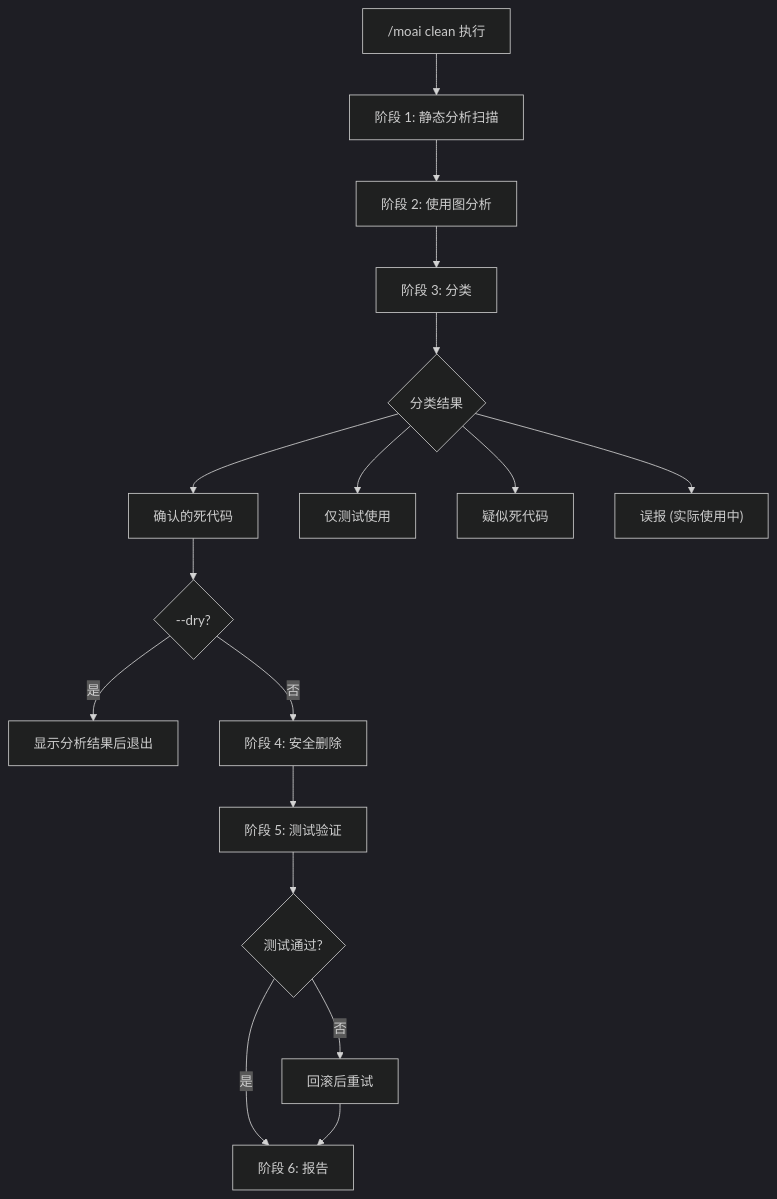
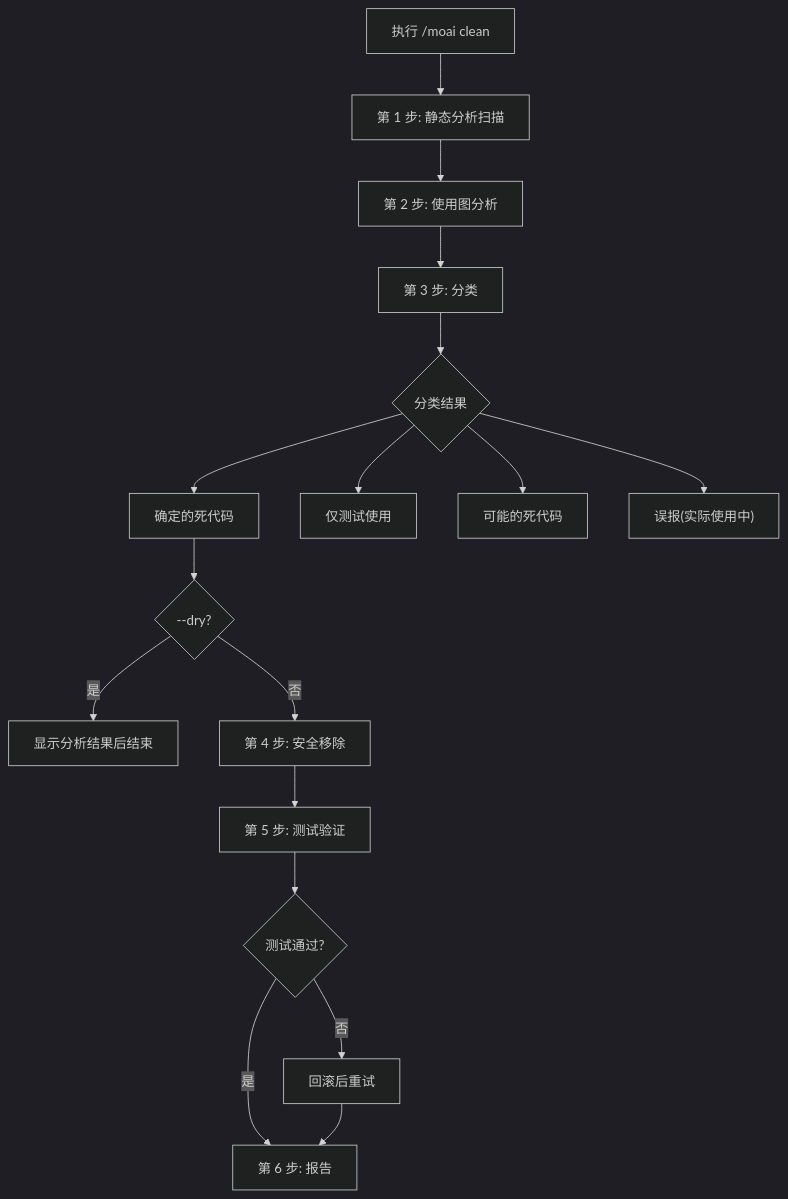
The first of 2 diagrams in docs-site/content/zh/utility-commands/moai-clean.md (modu-ai/moai-adk), drawn with Mermaid (dark theme) before and after one commit. The commit also changed other lines of this file and 395 other files, not shown here.

````diff
--- a/docs-site/content/zh/utility-commands/moai-clean.md
+++ b/docs-site/content/zh/utility-commands/moai-clean.md
@@ -74,23 +76,23 @@
 ```mermaid
 flowchart TD
-    Start["/moai clean 执行"] --> Phase1["阶段 1: 静态分析扫描"]
+    Start["执行 /moai clean"] --> Phase1["第 1 步: 静态分析扫描"]
 
-    Phase1 --> Phase2["阶段 2: 使用图分析"]
+    Phase1 --> Phase2["第 2 步: 使用图分析"]
 
-    Phase2 --> Phase3["阶段 3: 分类"]
+    Phase2 --> Phase3["第 3 步: 分类"]
     Phase3 --> Classify{"分类结果"}
-    Classify --> Dead["确认的死代码"]
+    Classify --> Dead["确定的死代码"]
     Classify --> TestOnly["仅测试使用"]
-    Classify --> Likely["疑似死代码"]
-    Classify --> False["误报 (实际使用中)"]
+    Classify --> Likely["可能的死代码"]
+    Classify --> False["误报(实际使用中)"]
 
     Dead --> Approval{"--dry?"}
-    Approval -->|是| Report["显示分析结果后退出"]
-    Approval -->|否| Phase4["阶段 4: 安全删除"]
+    Approval -->|是| Report["显示分析结果后结束"]
+    Approval -->|否| Phase4["第 4 步: 安全移除"]
 
-    Phase4 --> Phase5["阶段 5: 测试验证"]
+    Phase4 --> Phase5["第 5 步: 测试验证"]
     Phase5 --> Pass{"测试通过?"}
-    Pass -->|是| Phase6["阶段 6: 报告"]
+    Pass -->|是| Phase6["第 6 步: 报告"]
     Pass -->|否| Rollback["回滚后重试"]
     Rollback --> Phase6
 ```
````
